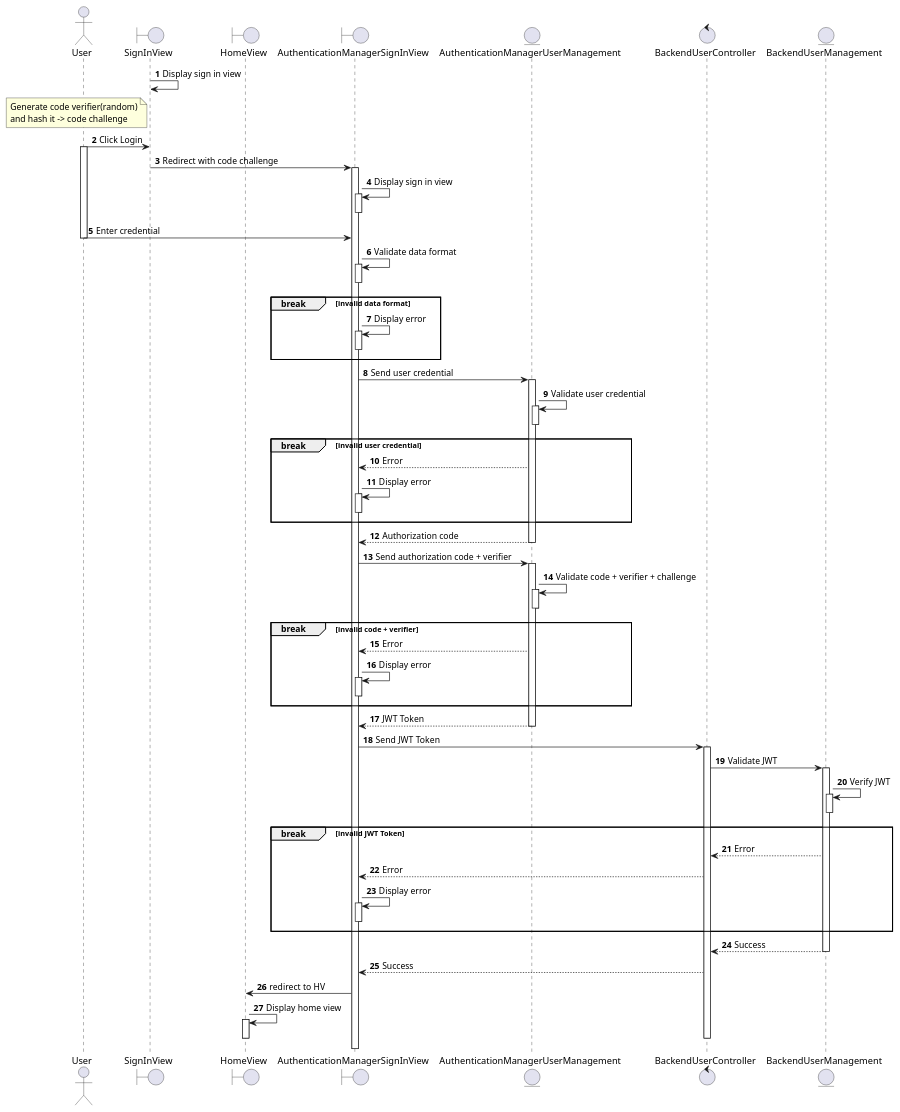
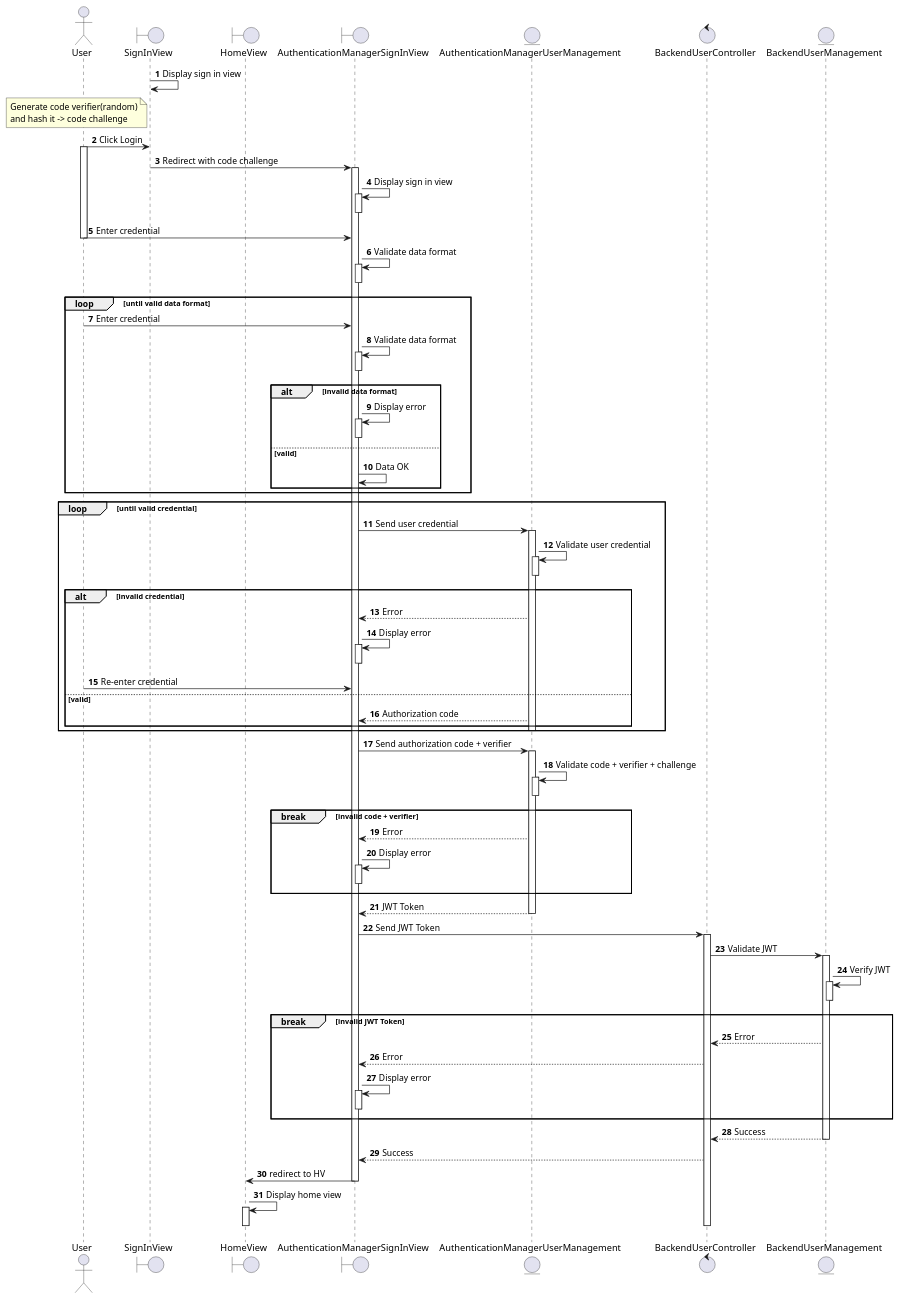
Before and after one commit to electricilies/electricilies.github.io: the diagram in docs/docs/sequence/auth/sign-in.md, drawn with PlantUML. The commit also changed 1 other file, not shown here.

Commit message:
chore: loop is great

```diff
--- a/docs/docs/sequence/auth/sign-in.md
+++ b/docs/docs/sequence/auth/sign-in.md
@@ -28,28 +28,43 @@
 activate AMSIV
 deactivate AMSIV
 
-break invalid data format
-  AMSIV -> AMSIV: Display error
+loop until valid data format
+  U -> AMSIV : Enter credential
+  deactivate U
+  AMSIV -> AMSIV: Validate data format
   activate AMSIV
   deactivate AMSIV
+
+  alt invalid data format
+    AMSIV -> AMSIV: Display error
+    activate AMSIV
+    deactivate AMSIV
+  else valid
+    AMSIV -> AMSIV: Data OK
+
+  end
 end
 
-AMSIV -> AMUM: Send user credential
-activate AMUM
+loop until valid credential
+  AMSIV -> AMUM: Send user credential
+  activate AMUM
 
-AMUM -> AMUM: Validate user credential
-activate AMUM
-deactivate AMUM
+  AMUM -> AMUM: Validate user credential
+  activate AMUM
+  deactivate AMUM
 
-break invalid user credential
-  AMSIV <-- AMUM: Error
-  AMSIV -> AMSIV: Display error
-  activate AMSIV
-  deactivate AMSIV
+  alt invalid credential
+    AMSIV <-- AMUM: Error
+    AMSIV -> AMSIV: Display error
+    activate AMSIV
+    deactivate AMSIV
+    U -> AMSIV : Re-enter credential
+    deactivate U
+  else valid
+    AMSIV <-- AMUM: Authorization code
+  end
+  deactivate AMUM
 end
-
-AMSIV <-- AMUM: Authorization code
-deactivate AMUM
 
 AMSIV -> AMUM: Send authorization code + verifier
 activate AMUM
@@ -89,6 +104,7 @@
 deactivate BUM
 AMSIV <-- BUC: Success
 HV <- AMSIV: redirect to HV
+deactivate AMSIV
 HV -> HV: Display home view
 activate HV
 deactivate HV
```
